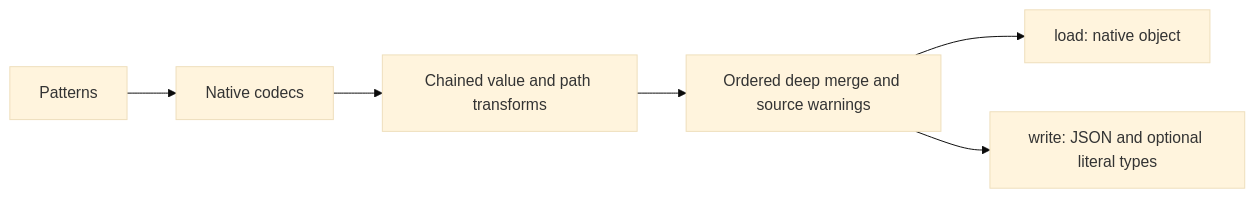
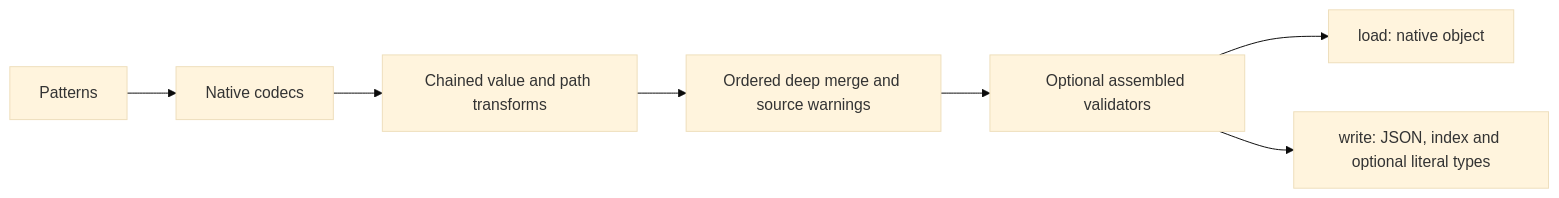
Before and after one commit to teyfix/directory-loader: the diagram in README.md, drawn with Mermaid (base theme). The commit also changed other lines of this file and 13 other files, not shown here.

````diff
--- a/README.md
+++ b/README.md
@@ -26,8 +26,9 @@
 ```mermaid
 flowchart LR
   P[Patterns] --> C[Native codecs]
   C --> M[Chained value and path transforms]
   M --> D[Ordered deep merge and source warnings]
-  D --> L[load: native object]
-  D --> W[write: JSON and optional literal types]
+  D --> V[Optional assembled validators]
+  V --> L[load: native object]
+  V --> W[write: JSON, index and optional literal types]
 ```
````
